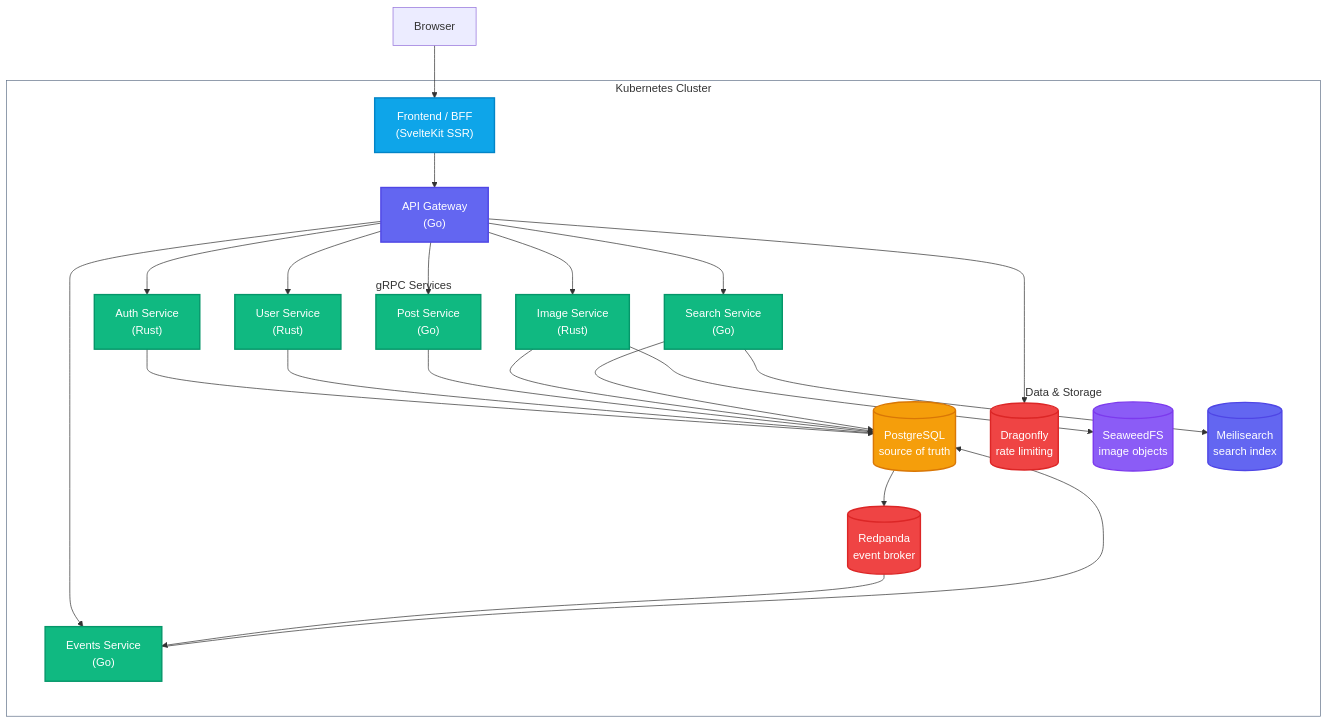
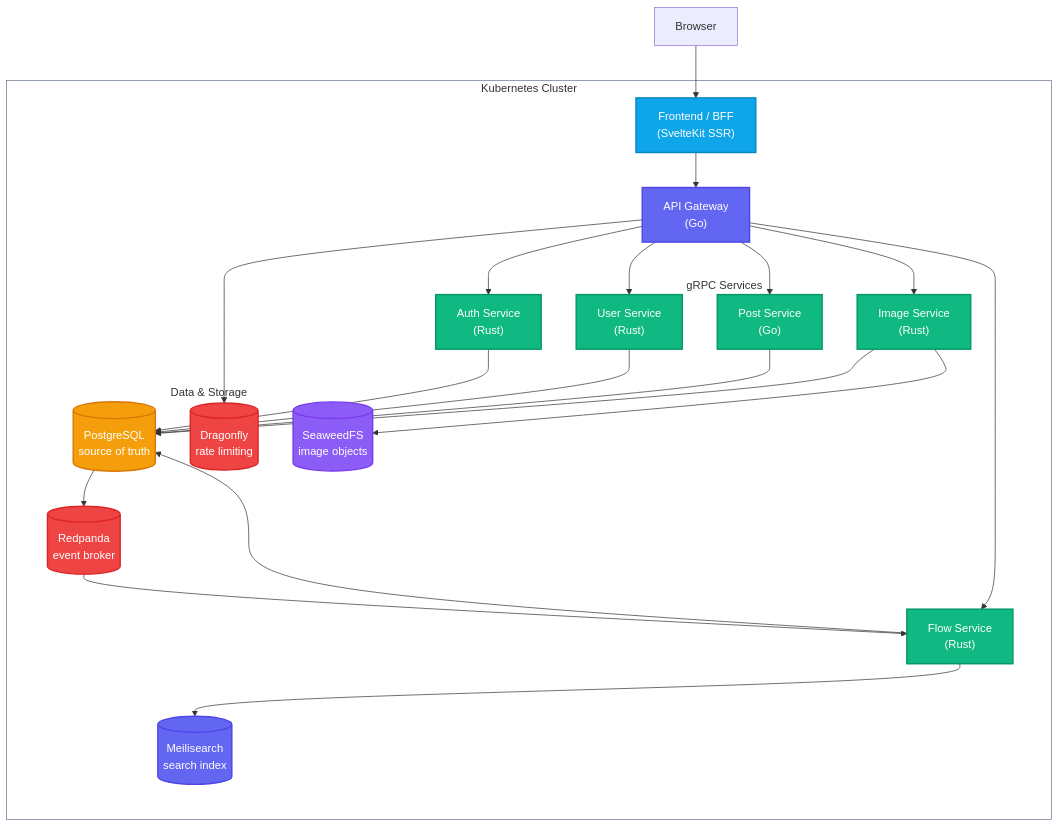
One commit to robbdimitrov/cogito changed the diagram in README.md. Above: the diagram before and after it, drawn with Mermaid. The commit also changed other lines of this file and 4 other files, not shown here.

Commit message:
docs: update architecture and service table for flowservice

````diff
--- a/README.md
+++ b/README.md
@@ -20,58 +20,55 @@
 ```mermaid
 graph TD
     Browser["Browser"]
 
     subgraph cluster ["Kubernetes Cluster"]
         Web["Frontend / BFF<br>(SvelteKit SSR)"]:::frontend
         API["API Gateway<br>(Go)"]:::gateway
 
         subgraph services ["gRPC Services"]
             Auth["Auth Service<br>(Rust)"]:::service
             Users["User Service<br>(Rust)"]:::service
             Posts["Post Service<br>(Go)"]:::service
             Images["Image Service<br>(Rust)"]:::service
-            Search["Search Service<br>(Go)"]:::service
-            Events["Events Service<br>(Go)"]:::service
+            Flow["Flow Service<br>(Rust)"]:::service
         end
 
         subgraph data ["Data & Storage"]
             DB[("PostgreSQL<br>source of truth")]:::database
             Cache[("Dragonfly<br>rate limiting")]:::cache
             Blob[("SeaweedFS<br>image objects")]:::storage
             Meili[("Meilisearch<br>search index")]:::search
             Redpanda[("Redpanda<br>event broker")]:::cache
         end
     end
 
     Browser --> Web
     Web --> API
     API --> Auth
     API --> Users
     API --> Posts
     API --> Images
-    API --> Search
-    API --> Events
+    API --> Flow
     Auth --> DB
     Users --> DB
     Posts --> DB
     Images --> DB
     Images --> Blob
-    Search --> DB
-    Search --> Meili
-    Events --> DB
+    Flow --> DB
+    Flow --> Meili
     DB --> Redpanda
-    Redpanda --> Events
+    Redpanda --> Flow
     API --> Cache
 
     classDef frontend fill:#0ea5e9,stroke:#0284c7,stroke-width:2px,color:#fff
     classDef gateway fill:#6366f1,stroke:#4f46e5,stroke-width:2px,color:#fff
     classDef service fill:#10b981,stroke:#059669,stroke-width:2px,color:#fff
     classDef database fill:#f59e0b,stroke:#d97706,stroke-width:2px,color:#fff
     classDef storage fill:#8b5cf6,stroke:#7c3aed,stroke-width:2px,color:#fff
     classDef cache fill:#ef4444,stroke:#dc2626,stroke-width:2px,color:#fff
     classDef search fill:#6366f1,stroke:#4f46e5,stroke-width:2px,color:#fff
 
     style cluster fill:transparent,stroke:#64748b
     style services fill:transparent,stroke:transparent
     style data fill:transparent,stroke:transparent
 ```
````
